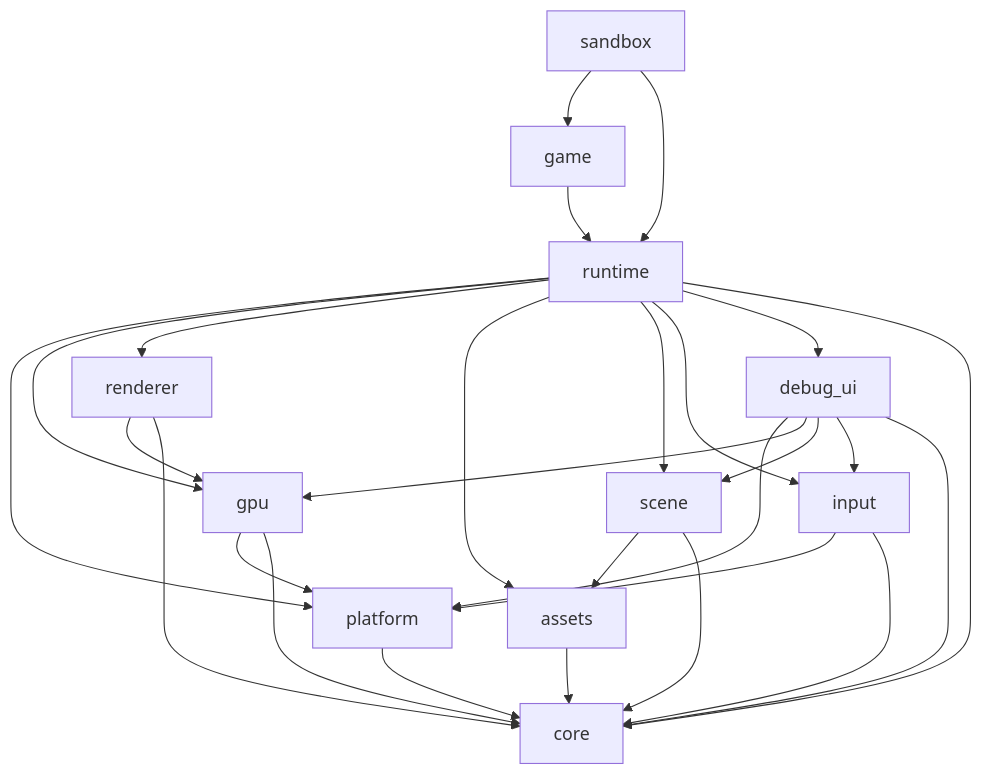
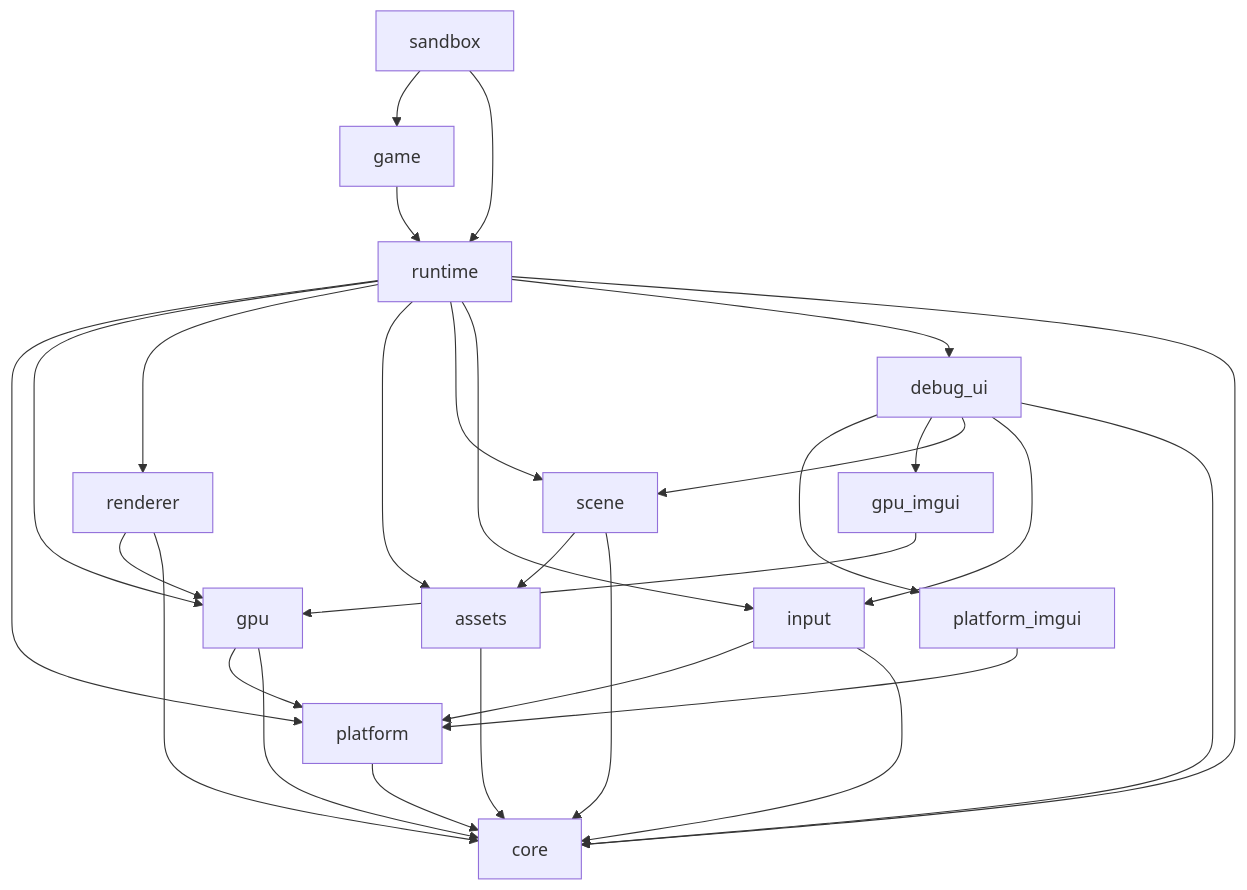
The diagram in docs/ARCHITECTURE.md (FoxTimew/Somnium), drawn with Mermaid before and after one commit. The commit also changed other lines of this file and 5 other files, not shown here.

````diff
--- a/docs/ARCHITECTURE.md
+++ b/docs/ARCHITECTURE.md
@@ -80,29 +82,31 @@
 ```mermaid
 flowchart TD
     platform --> core
     gpu --> platform
     gpu --> core
     renderer --> gpu
     renderer --> core
     assets --> core
     scene --> assets
     scene --> core
     input --> platform
     input --> core
-    debug_ui --> platform
-    debug_ui --> gpu
+    debug_ui --> platform_imgui
+    debug_ui --> gpu_imgui
+    platform_imgui --> platform
+    gpu_imgui --> gpu
     debug_ui --> scene
     debug_ui --> input
     debug_ui --> core
     runtime --> platform
     runtime --> gpu
     runtime --> renderer
     runtime --> assets
     runtime --> scene
     runtime --> input
     runtime --> debug_ui
     runtime --> core
     game --> runtime
     sandbox --> game
     sandbox --> runtime
 ```
````
